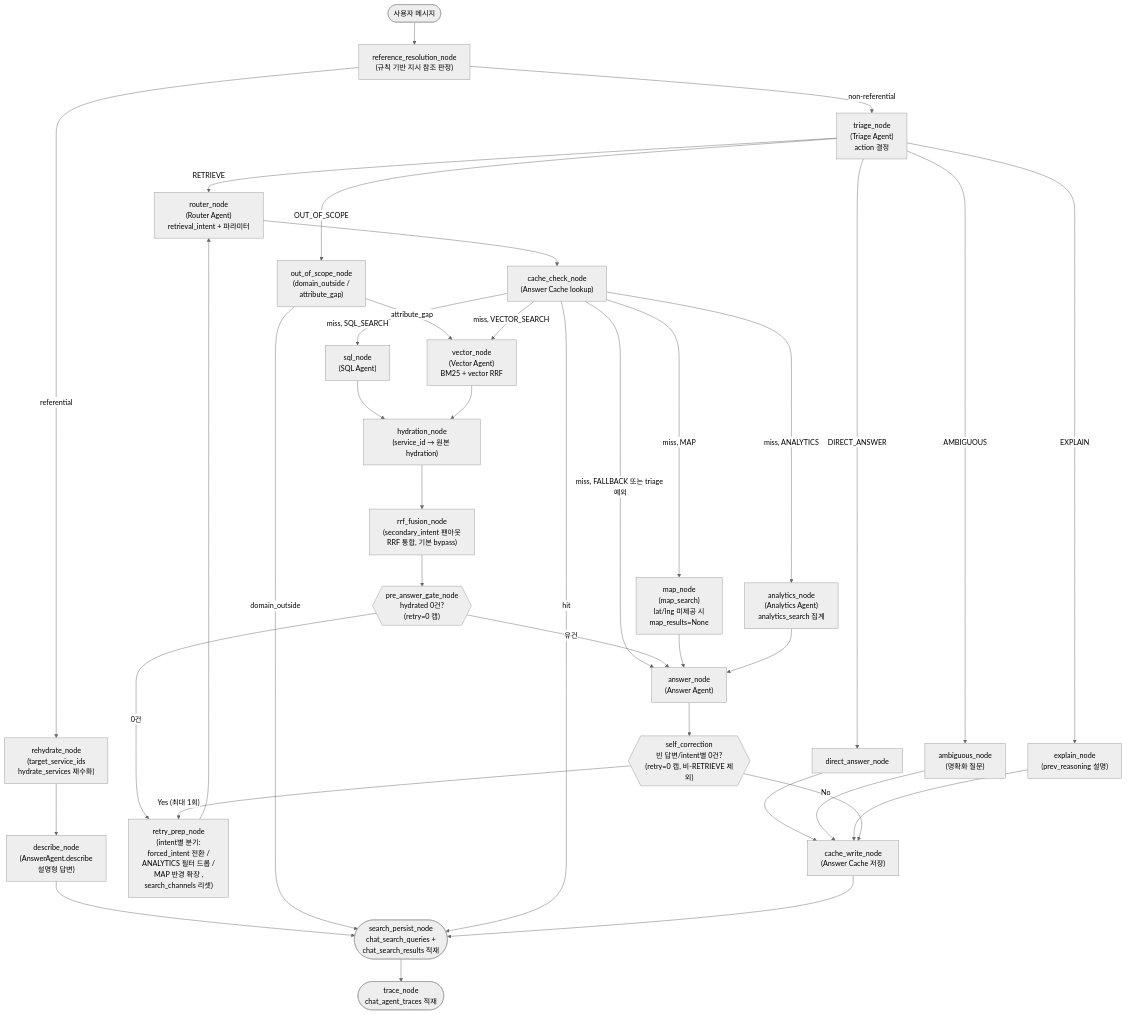
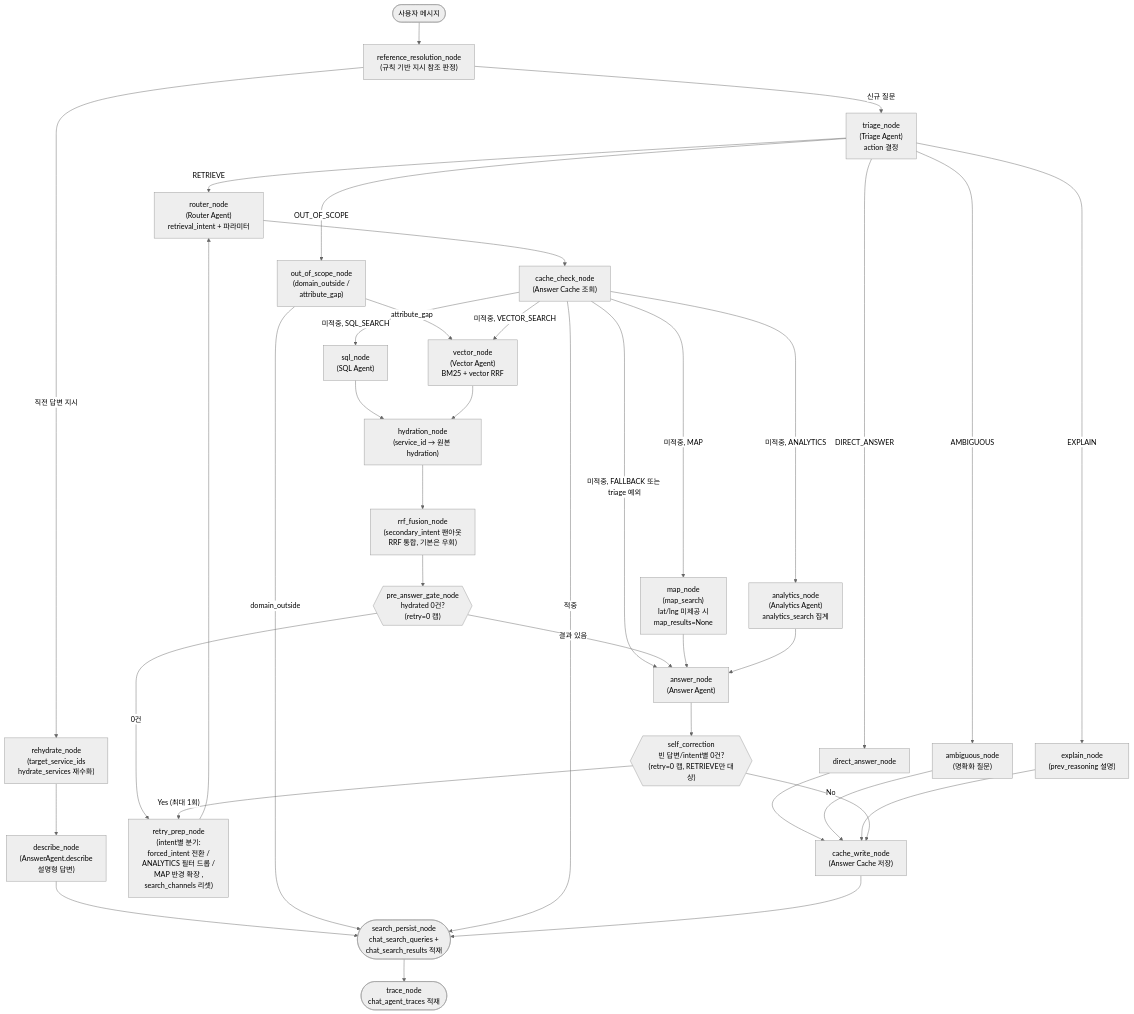
The diagram in on-seoul-agent/docs/ai-agent-design.md (f-lab-edu/on-seoul), drawn with Mermaid (neutral theme) before and after one commit. The commit also changed other lines of this file and 1 other file, not shown here.

First line of the commit message:
docs(search): 검색 설정값 결정 기준 및 RRF/병렬 실행 근거 보강

````diff
--- a/on-seoul-agent/docs/ai-agent-design.md
+++ b/on-seoul-agent/docs/ai-agent-design.md
@@ -21,70 +21,70 @@
 ```mermaid
 flowchart TD
     START(["사용자 메시지"])
     REF["reference_resolution_node<br/>(규칙 기반 지시 참조 판정)"]
     REHYDRATE["rehydrate_node<br/>(target_service_ids<br/>hydrate_services 재수화)"]
     DESCRIBE["describe_node<br/>(AnswerAgent.describe<br/>설명형 답변)"]
     TRIAGE["triage_node<br/>(Triage Agent)<br/>action 결정"]
     ROUTER["router_node<br/>(Router Agent)<br/>retrieval_intent + 파라미터"]
     DIRECT["direct_answer_node"]
     AMBIG["ambiguous_node<br/>(명확화 질문)"]
     OOS["out_of_scope_node<br/>(domain_outside /<br/>attribute_gap)"]
     EXPLAIN["explain_node<br/>(prev_reasoning 설명)"]
-    CACHE_CHECK["cache_check_node<br/>(Answer Cache lookup)"]
+    CACHE_CHECK["cache_check_node<br/>(Answer Cache 조회)"]
     SQL["sql_node<br/>(SQL Agent)"]
     VECTOR["vector_node<br/>(Vector Agent)<br/>BM25 + vector RRF"]
     MAP["map_node<br/>(map_search)<br/>lat/lng 미제공 시<br/>map_results=None"]
     ANALYTICS["analytics_node<br/>(Analytics Agent)<br/>analytics_search 집계"]
     HYDRATION["hydration_node<br/>(service_id → 원본 hydration)"]
-    RRF["rrf_fusion_node<br/>(secondary_intent 팬아웃<br/>RRF 통합, 기본 bypass)"]
+    RRF["rrf_fusion_node<br/>(secondary_intent 팬아웃<br/>RRF 통합, 기본은 우회)"]
     GATE{{"pre_answer_gate_node<br/>hydrated 0건?<br/>(retry=0 캡)"}}
     ANSWER["answer_node<br/>(Answer Agent)"]
-    SELF_CORR{{"self_correction<br/>빈 답변/intent별 0건?<br/>(retry=0 캡, 비-RETRIEVE 제외)"}}
+    SELF_CORR{{"self_correction<br/>빈 답변/intent별 0건?<br/>(retry=0 캡, RETRIEVE만 대상)"}}
     RETRY_PREP["retry_prep_node<br/>(intent별 분기:<br/>forced_intent 전환 /<br/>ANALYTICS 필터 드롭 /<br/>MAP 반경 확장 , <br/>search_channels 리셋)"]
     CACHE_WRITE["cache_write_node<br/>(Answer Cache 저장)"]
     SEARCH_PERSIST(["search_persist_node<br/>chat_search_queries +<br/>chat_search_results 적재"])
     TRACE(["trace_node<br/>chat_agent_traces 적재"])
 
     START --> REF
-    REF -- "referential" --> REHYDRATE
-    REF -- "non-referential" --> TRIAGE
+    REF -- "직전 답변 지시" --> REHYDRATE
+    REF -- "신규 질문" --> TRIAGE
     REHYDRATE --> DESCRIBE
     DESCRIBE --> SEARCH_PERSIST
 
     TRIAGE -- "RETRIEVE" --> ROUTER
     ROUTER --> CACHE_CHECK
     TRIAGE -- "DIRECT_ANSWER" --> DIRECT
     TRIAGE -- "AMBIGUOUS" --> AMBIG
     TRIAGE -- "OUT_OF_SCOPE" --> OOS
     TRIAGE -- "EXPLAIN" --> EXPLAIN
 
     OOS -- "attribute_gap" --> VECTOR
     OOS -- "domain_outside" --> SEARCH_PERSIST
 
-    CACHE_CHECK -- "hit" --> SEARCH_PERSIST
-    CACHE_CHECK -- "miss, SQL_SEARCH" --> SQL
-    CACHE_CHECK -- "miss, VECTOR_SEARCH" --> VECTOR
-    CACHE_CHECK -- "miss, MAP" --> MAP
-    CACHE_CHECK -- "miss, ANALYTICS" --> ANALYTICS
-    CACHE_CHECK -- "miss, FALLBACK 또는 triage 예외" --> ANSWER
+    CACHE_CHECK -- "적중" --> SEARCH_PERSIST
+    CACHE_CHECK -- "미적중, SQL_SEARCH" --> SQL
+    CACHE_CHECK -- "미적중, VECTOR_SEARCH" --> VECTOR
+    CACHE_CHECK -- "미적중, MAP" --> MAP
+    CACHE_CHECK -- "미적중, ANALYTICS" --> ANALYTICS
+    CACHE_CHECK -- "미적중, FALLBACK 또는 triage 예외" --> ANSWER
 
     SQL --> HYDRATION
     VECTOR --> HYDRATION
     HYDRATION --> RRF
     RRF --> GATE
-    GATE -- "유건" --> ANSWER
+    GATE -- "결과 있음" --> ANSWER
     GATE -- "0건" --> RETRY_PREP
     MAP --> ANSWER
     ANALYTICS --> ANSWER
 
     DIRECT --> CACHE_WRITE
     AMBIG --> CACHE_WRITE
     EXPLAIN --> CACHE_WRITE
 
     ANSWER --> SELF_CORR
     SELF_CORR -- "Yes (최대 1회)" --> RETRY_PREP
     RETRY_PREP --> ROUTER
     SELF_CORR -- "No" --> CACHE_WRITE
     CACHE_WRITE --> SEARCH_PERSIST
     SEARCH_PERSIST --> TRACE
 ```
````
